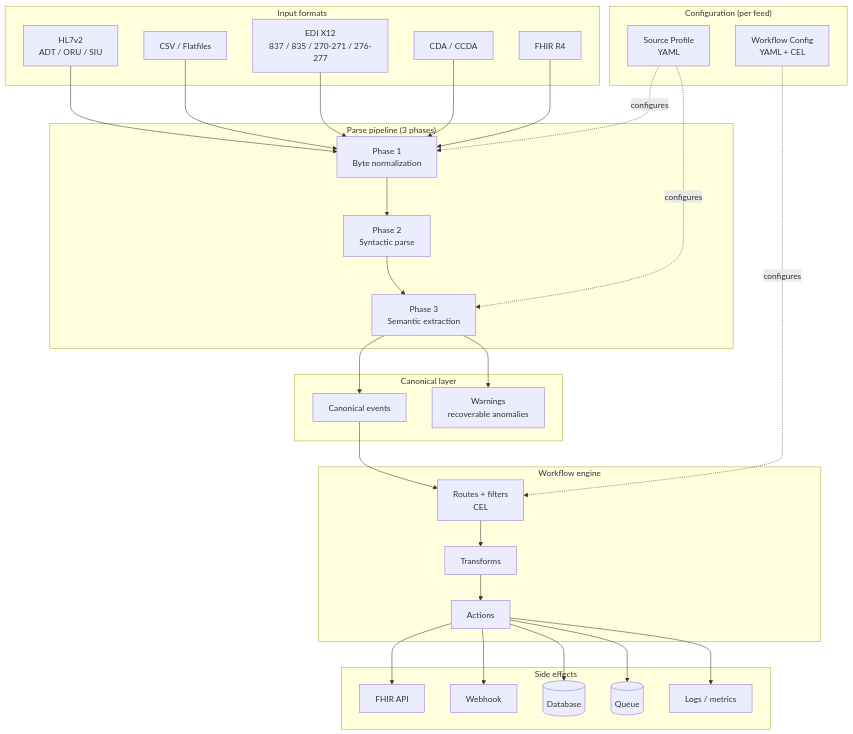
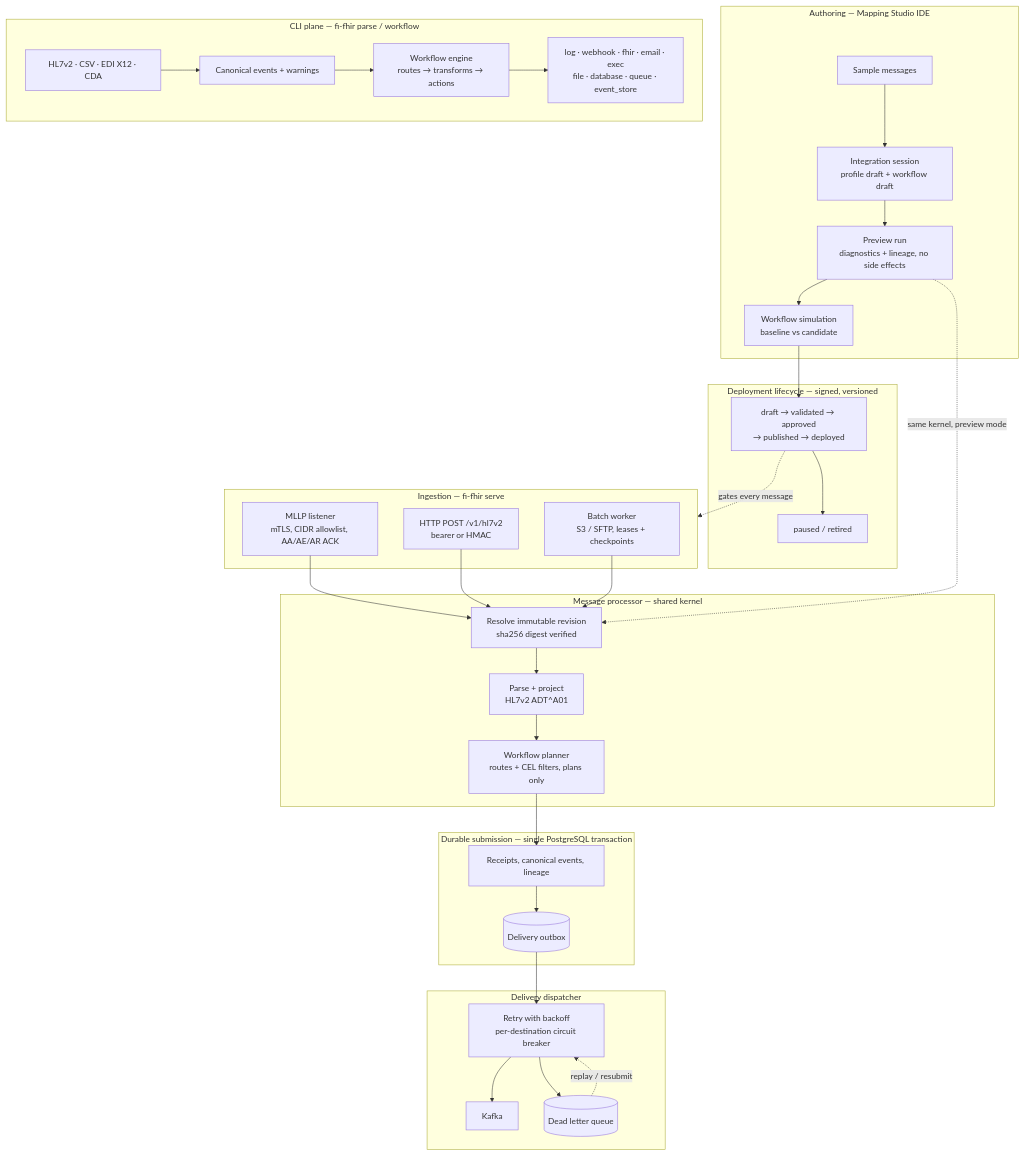
One commit to crb2nu/fi-fhir changed the diagram in docs/mermaid/overview-flow.mmd. Above: the diagram before and after it, drawn with Mermaid. The commit also changed 10 other files, not shown here.

```diff
--- a/docs/mermaid/overview-flow.mmd
+++ b/docs/mermaid/overview-flow.mmd
@@ -1,60 +1,61 @@
 flowchart TB
-  subgraph IN["Input formats"]
-    HL7[HL7v2<br/>ADT / ORU / SIU]
-    CSV[CSV / Flatfiles]
-    X12[EDI X12<br/>837 / 835 / 270-271 / 276-277]
-    CDA[CDA / CCDA]
-    FHIR[FHIR R4]
+  subgraph AUTHOR["Authoring — Mapping Studio IDE"]
+    SAMPLE[Sample messages]
+    SESSION[Integration session<br/>profile draft + workflow draft]
+    PREVIEW[Preview run<br/>diagnostics + lineage, no side effects]
+    SIMULATE[Workflow simulation<br/>baseline vs candidate]
+    SAMPLE --> SESSION --> PREVIEW --> SIMULATE
   end
 
-  subgraph CFG["Configuration (per feed)"]
-    P[Source Profile<br/>YAML]
-    W[Workflow Config<br/>YAML + CEL]
+  subgraph LIFECYCLE["Deployment lifecycle — signed, versioned"]
+    LC[draft → validated → approved<br/>→ published → deployed]
+    RETIRE[paused / retired]
+    LC --> RETIRE
   end
 
-  subgraph PARSE["Parse pipeline (3 phases)"]
-    B[Phase 1<br/>Byte normalization]
-    S[Phase 2<br/>Syntactic parse]
-    E[Phase 3<br/>Semantic extraction]
-    B --> S --> E
+  subgraph INGEST["Ingestion — fi-fhir serve"]
+    MLLP[MLLP listener<br/>mTLS, CIDR allowlist, AA/AE/AR ACK]
+    HTTP[HTTP POST /v1/hl7v2<br/>bearer or HMAC]
+    BATCH[Batch worker<br/>S3 / SFTP, leases + checkpoints]
   end
 
-  subgraph CANON["Canonical layer"]
-    EV[Canonical events]
-    WARN[Warnings<br/>recoverable anomalies]
+  subgraph KERNEL["Message processor — shared kernel"]
+    RESOLVE[Resolve immutable revision<br/>sha256 digest verified]
+    PARSE[Parse + project<br/>HL7v2 ADT^A01]
+    PLAN[Workflow planner<br/>routes + CEL filters, plans only]
+    RESOLVE --> PARSE --> PLAN
   end
 
-  subgraph FLOW["Workflow engine"]
-    R[Routes + filters<br/>CEL]
-    T[Transforms]
-    A[Actions]
-    R --> T --> A
+  subgraph DURABLE["Durable submission — single PostgreSQL transaction"]
+    RECEIPT[Receipts, canonical events, lineage]
+    OUTBOX[(Delivery outbox)]
+    RECEIPT --> OUTBOX
   end
 
-  subgraph OUT["Side effects"]
-    OFHIR[FHIR API]
-    WH[Webhook]
-    DB[(Database)]
-    MQ[(Queue)]
-    LOG[Logs / metrics]
+  subgraph DELIVER["Delivery dispatcher"]
+    RETRY[Retry with backoff<br/>per-destination circuit breaker]
+    KAFKA[Kafka]
+    DLQ[(Dead letter queue)]
+    RETRY --> KAFKA
+    RETRY --> DLQ
   end
 
-  HL7 --> B
-  CSV --> B
-  X12 --> B
-  CDA --> B
-  FHIR --> B
+  subgraph CLIPLANE["CLI plane — fi-fhir parse / workflow"]
+    FORMATS[HL7v2 · CSV · EDI X12 · CDA]
+    EVENTS[Canonical events + warnings]
+    ENGINE[Workflow engine<br/>routes → transforms → actions]
+    ACTIONS[log · webhook · fhir · email · exec<br/>file · database · queue · event_store]
+    FORMATS --> EVENTS --> ENGINE --> ACTIONS
+  end
 
-  P -. configures .-> B
-  P -. configures .-> E
-  W -. configures .-> R
+  SIMULATE --> LC
+  LC -. gates every message .-> INGEST
 
-  E --> EV
-  E --> WARN
-  EV --> R
+  MLLP --> RESOLVE
+  HTTP --> RESOLVE
+  BATCH --> RESOLVE
+  PLAN --> RECEIPT
+  OUTBOX --> RETRY
+  DLQ -. replay / resubmit .-> RETRY
 
-  A --> OFHIR
-  A --> WH
-  A --> DB
-  A --> MQ
-  A --> LOG
+  PREVIEW -. same kernel, preview mode .-> RESOLVE
```
